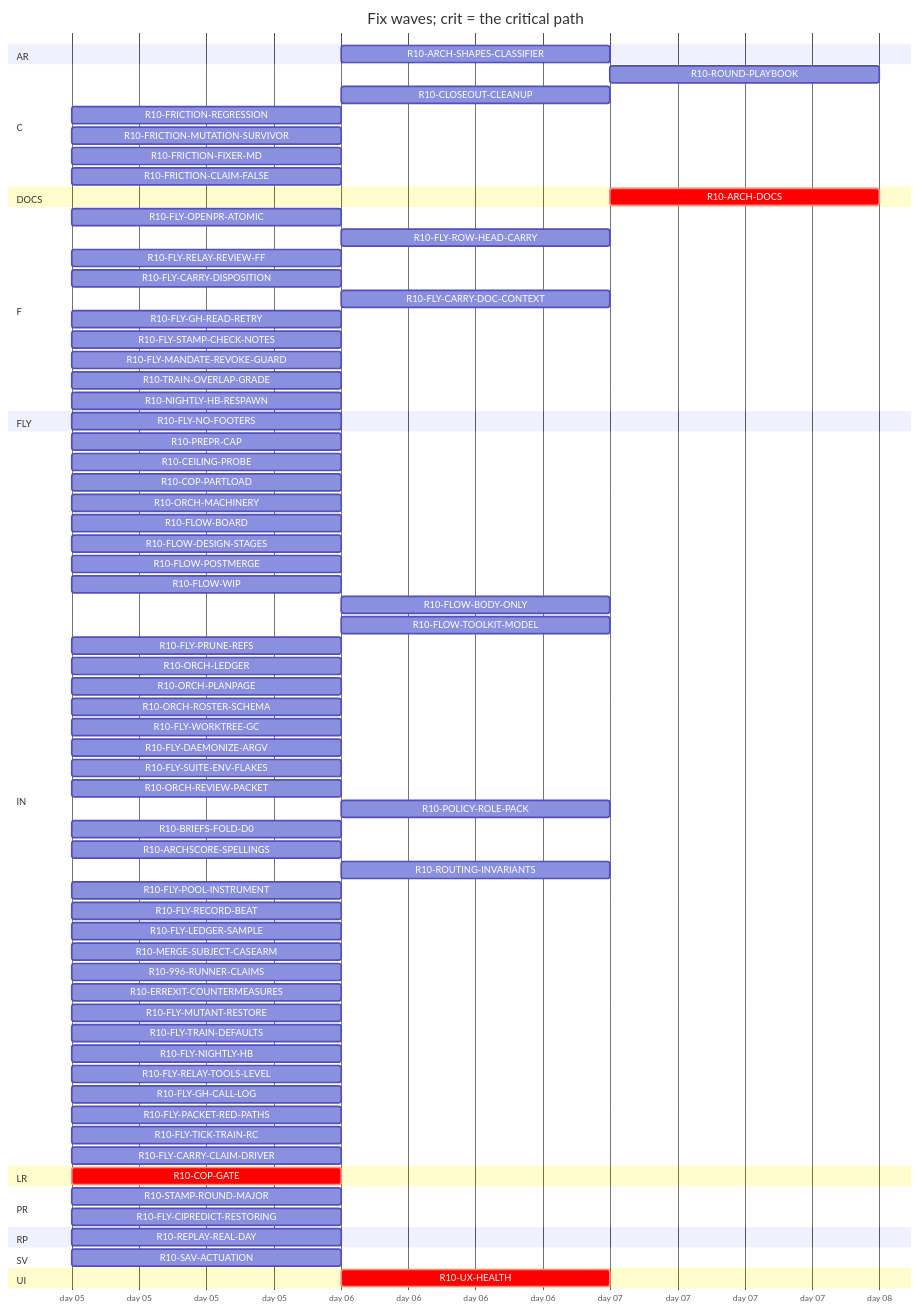
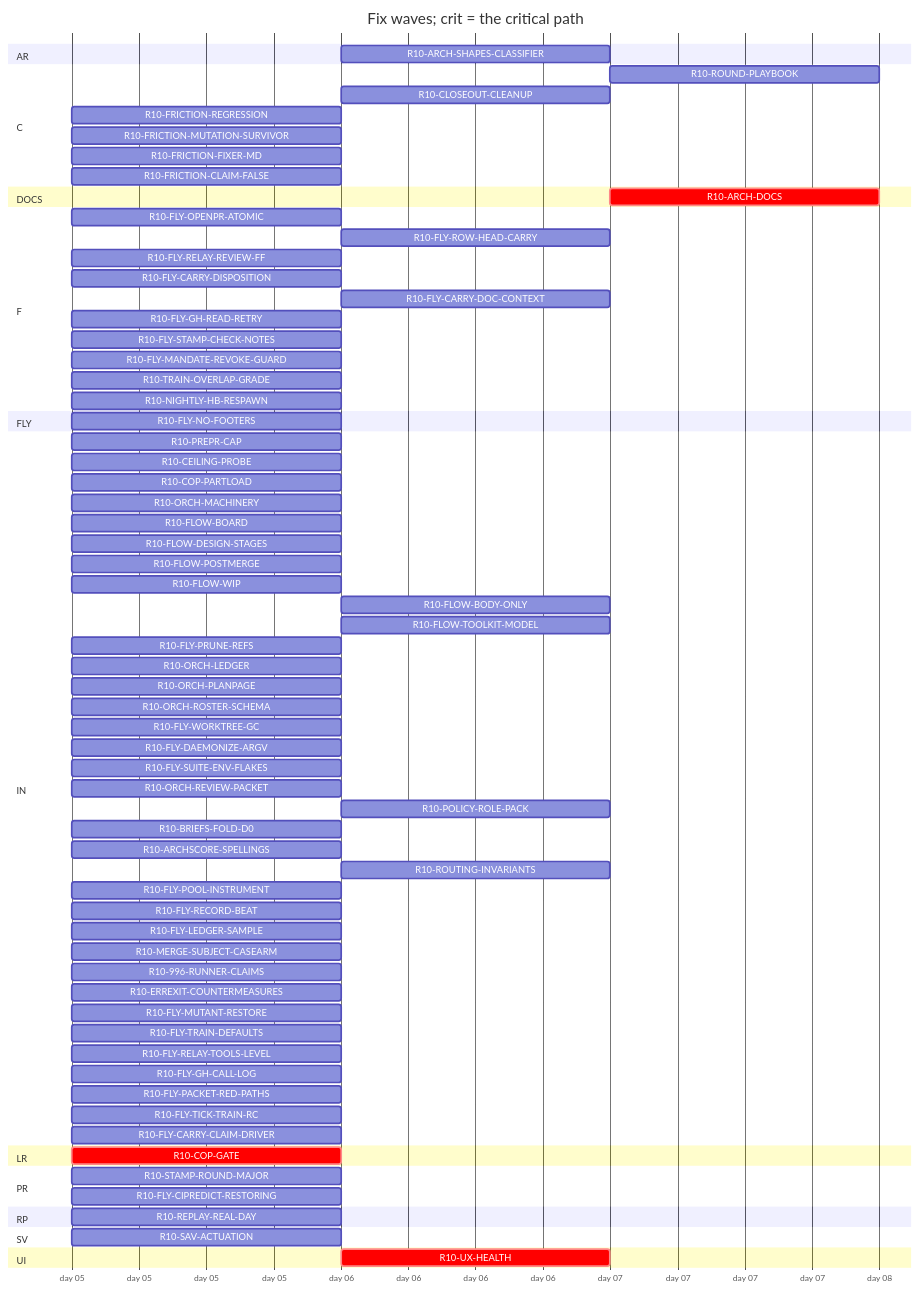
The diagram in handoff/round10/state/PLAN-TABLE.md (tvofi/heatpump_optimizer), drawn with Mermaid before and after one commit. The commit also changed other lines of this file and 3 other files, not shown here.

Commit message:
state: FLOW-BOARD.md, NEXT-SESSION-PROMPT.md, PLAN-TABLE.md, RESUME-CURRENT.md regenerated (state_docs.py)

````diff
--- a/handoff/round10/state/PLAN-TABLE.md
+++ b/handoff/round10/state/PLAN-TABLE.md
@@ -24,78 +24,77 @@
 ```mermaid
 gantt
   title Fix waves; crit = the critical path
   dateFormat YYYY-MM-DD
   axisFormat day %d
   section AR
     R10-ARCH-SHAPES-CLASSIFIER :r10ARCHSHAPESCLASSIFIER, after r10996RUNNERCLAIMS, 1d
   section C
     R10-ROUND-PLAYBOOK :r10ROUNDPLAYBOOK, after r10ORCHLEDGER r10ORCHPLANPAGE r10FLYRELAYREVIEWFF r10FLOWBODYONLY, 1d
     R10-CLOSEOUT-CLEANUP :r10CLOSEOUTCLEANUP, after r10FLYPRUNEREFS r10FLYWORKTREEGC, 1d
     R10-FRICTION-REGRESSION :r10FRICTIONREGRESSION, 2026-01-05, 1d
     R10-FRICTION-MUTATION-SURVIVOR :r10FRICTIONMUTATIONSURVIVOR, 2026-01-05, 1d
     R10-FRICTION-FIXER-MD :r10FRICTIONFIXERMD, 2026-01-05, 1d
     R10-FRICTION-CLAIM-FALSE :r10FRICTIONCLAIMFALSE, 2026-01-05, 1d
   section DOCS
     R10-ARCH-DOCS :crit, r10ARCHDOCS, after r10COPGATE r10UXHEALTH r10CEILINGPROBE r10COPPARTLOAD r10FLOWBOARD r10FLOWDESIGNSTAGES r10FLOWPOSTMERGE r10FLOWWIP r10FLOWBODYONLY r10FLYOPENPRATOMIC r10FLYROWHEADCARRY r10FLYRELAYREVIEWFF r10FLYCARRYDISPOSITION r10FLYCARRYDOCCONTEXT r10FLOWTOOLKITMODEL r10FLYSTAMPCHECKNOTES r10FLYMANDATEREVOKEGUARD r10TRAINOVERLAPGRADE r10NIGHTLYHBRESPAWN r10FLYPRUNEREFS r10ORCHLEDGER r10ORCHPLANPAGE r10ORCHROSTERSCHEMA r10FLYWORKTREEGC r10FLYDAEMONIZEARGV r10ORCHREVIEWPACKET r10POLICYROLEPACK r10BRIEFSFOLDD0 r10REPLAYREALDAY r10ARCHSCORESPELLINGS r10SAVACTUATION r10FLYLEDGERSAMPLE, 1d
   section F
     R10-FLY-OPENPR-ATOMIC :r10FLYOPENPRATOMIC, 2026-01-05, 1d
     R10-FLY-ROW-HEAD-CARRY :r10FLYROWHEADCARRY, after r10FLYOPENPRATOMIC, 1d
     R10-FLY-RELAY-REVIEW-FF :r10FLYRELAYREVIEWFF, 2026-01-05, 1d
     R10-FLY-CARRY-DISPOSITION :r10FLYCARRYDISPOSITION, 2026-01-05, 1d
     R10-FLY-CARRY-DOC-CONTEXT :r10FLYCARRYDOCCONTEXT, after r10FLYGHREADRETRY, 1d
     R10-FLY-GH-READ-RETRY :r10FLYGHREADRETRY, 2026-01-05, 1d
     R10-FLY-STAMP-CHECK-NOTES :r10FLYSTAMPCHECKNOTES, 2026-01-05, 1d
     R10-FLY-MANDATE-REVOKE-GUARD :r10FLYMANDATEREVOKEGUARD, 2026-01-05, 1d
     R10-TRAIN-OVERLAP-GRADE :r10TRAINOVERLAPGRADE, 2026-01-05, 1d
     R10-NIGHTLY-HB-RESPAWN :r10NIGHTLYHBRESPAWN, 2026-01-05, 1d
   section FLY
     R10-FLY-NO-FOOTERS :r10FLYNOFOOTERS, 2026-01-05, 1d
   section IN
     R10-PREPR-CAP :r10PREPRCAP, 2026-01-05, 1d
     R10-CEILING-PROBE :r10CEILINGPROBE, 2026-01-05, 1d
     R10-COP-PARTLOAD :r10COPPARTLOAD, 2026-01-05, 1d
     R10-ORCH-MACHINERY :r10ORCHMACHINERY, 2026-01-05, 1d
     R10-FLOW-BOARD :r10FLOWBOARD, 2026-01-05, 1d
     R10-FLOW-DESIGN-STAGES :r10FLOWDESIGNSTAGES, 2026-01-05, 1d
     R10-FLOW-POSTMERGE :r10FLOWPOSTMERGE, 2026-01-05, 1d
     R10-FLOW-WIP :r10FLOWWIP, 2026-01-05, 1d
     R10-FLOW-BODY-ONLY :r10FLOWBODYONLY, after r10FLYOPENPRATOMIC, 1d
     R10-FLOW-TOOLKIT-MODEL :r10FLOWTOOLKITMODEL, after r10ORCHPLANPAGE, 1d
     R10-FLY-PRUNE-REFS :r10FLYPRUNEREFS, 2026-01-05, 1d
     R10-ORCH-LEDGER :r10ORCHLEDGER, 2026-01-05, 1d
     R10-ORCH-PLANPAGE :r10ORCHPLANPAGE, 2026-01-05, 1d
     R10-ORCH-ROSTER-SCHEMA :r10ORCHROSTERSCHEMA, 2026-01-05, 1d
     R10-FLY-WORKTREE-GC :r10FLYWORKTREEGC, 2026-01-05, 1d
     R10-FLY-DAEMONIZE-ARGV :r10FLYDAEMONIZEARGV, 2026-01-05, 1d
     R10-FLY-SUITE-ENV-FLAKES :r10FLYSUITEENVFLAKES, 2026-01-05, 1d
     R10-ORCH-REVIEW-PACKET :r10ORCHREVIEWPACKET, 2026-01-05, 1d
     R10-POLICY-ROLE-PACK :r10POLICYROLEPACK, after r10FLOWDESIGNSTAGES, 1d
     R10-BRIEFS-FOLD-D0 :r10BRIEFSFOLDD0, 2026-01-05, 1d
     R10-ARCHSCORE-SPELLINGS :r10ARCHSCORESPELLINGS, 2026-01-05, 1d
     R10-ROUTING-INVARIANTS :r10ROUTINGINVARIANTS, after r10ORCHROSTERSCHEMA, 1d
     R10-FLY-POOL-INSTRUMENT :r10FLYPOOLINSTRUMENT, 2026-01-05, 1d
     R10-FLY-RECORD-BEAT :r10FLYRECORDBEAT, 2026-01-05, 1d
     R10-FLY-LEDGER-SAMPLE :r10FLYLEDGERSAMPLE, 2026-01-05, 1d
     R10-MERGE-SUBJECT-CASEARM :r10MERGESUBJECTCASEARM, 2026-01-05, 1d
     R10-996-RUNNER-CLAIMS :r10996RUNNERCLAIMS, 2026-01-05, 1d
     R10-ERREXIT-COUNTERMEASURES :r10ERREXITCOUNTERMEASURES, 2026-01-05, 1d
     R10-FLY-MUTANT-RESTORE :r10FLYMUTANTRESTORE, 2026-01-05, 1d
     R10-FLY-TRAIN-DEFAULTS :r10FLYTRAINDEFAULTS, 2026-01-05, 1d
-    R10-FLY-NIGHTLY-HB :r10FLYNIGHTLYHB, 2026-01-05, 1d
     R10-FLY-RELAY-TOOLS-LEVEL :r10FLYRELAYTOOLSLEVEL, 2026-01-05, 1d
     R10-FLY-GH-CALL-LOG :r10FLYGHCALLLOG, 2026-01-05, 1d
     R10-FLY-PACKET-RED-PATHS :r10FLYPACKETREDPATHS, 2026-01-05, 1d
     R10-FLY-TICK-TRAIN-RC :r10FLYTICKTRAINRC, 2026-01-05, 1d
     R10-FLY-CARRY-CLAIM-DRIVER :r10FLYCARRYCLAIMDRIVER, 2026-01-05, 1d
   section LR
     R10-COP-GATE :crit, r10COPGATE, 2026-01-05, 1d
   section PR
     R10-STAMP-ROUND-MAJOR :r10STAMPROUNDMAJOR, 2026-01-05, 1d
     R10-FLY-CIPREDICT-RESTORING :r10FLYCIPREDICTRESTORING, 2026-01-05, 1d
   section RP
     R10-REPLAY-REAL-DAY :r10REPLAYREALDAY, 2026-01-05, 1d
   section SV
     R10-SAV-ACTUATION :r10SAVACTUATION, 2026-01-05, 1d
   section UI
     R10-UX-HEALTH :crit, r10UXHEALTH, after r10COPGATE, 1d
 ```
````
